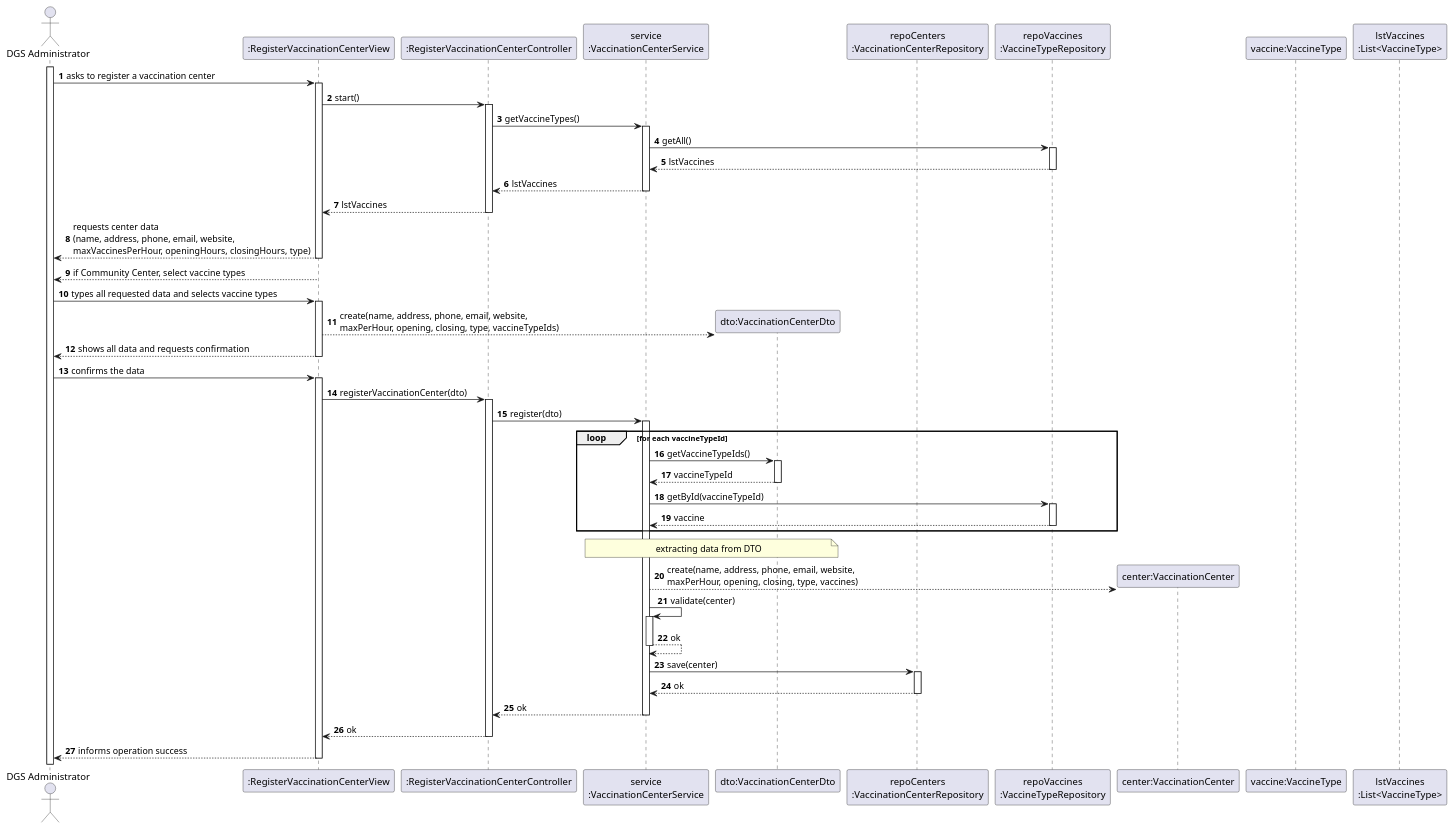
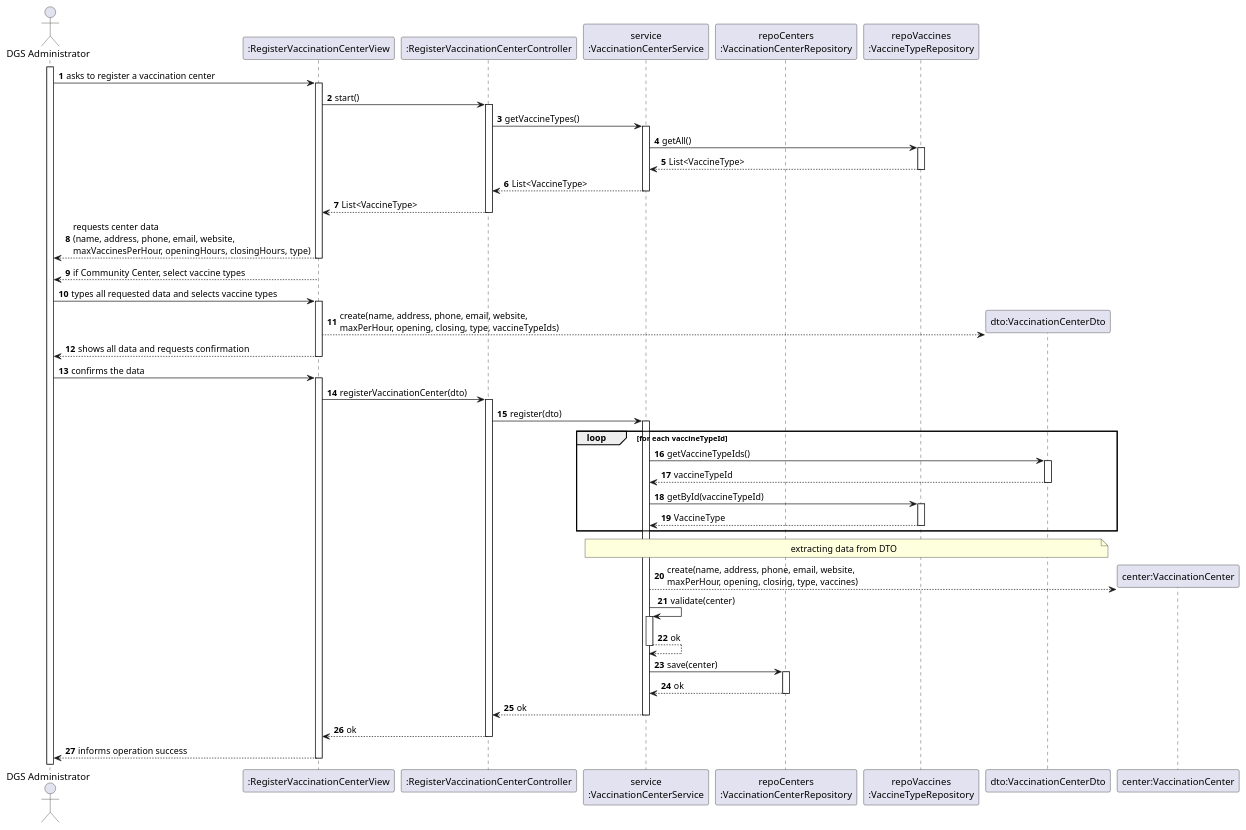
One commit to luluisfcm/leti-esoft-25-26-B5 changed the diagram in docs/system-documentation/US13/puml/US13-SD.puml. Above: the diagram before and after it, drawn with PlantUML. The commit also changed 4 other files, not shown here.

```diff
--- a/docs/system-documentation/US13/puml/US13-SD.puml
+++ b/docs/system-documentation/US13/puml/US13-SD.puml
@@ -1,60 +1,59 @@
 @startuml
 'https://plantuml.com/sequence-diagram
 autoactivate on
 autonumber
 
 actor "DGS Administrator" as Admin
 participant ":RegisterVaccinationCenterView" as System
 participant ":RegisterVaccinationCenterController" as Ctrl
 participant "service\n:VaccinationCenterService" as Service
-participant "dto:VaccinationCenterDto" as CenterDto
 participant "repoCenters\n:VaccinationCenterRepository" as RepoCenter
 participant "repoVaccines\n:VaccineTypeRepository" as RepoVaccine
+participant "dto:VaccinationCenterDto" as CenterDto
 participant "center:VaccinationCenter" as Center
-participant "vaccine:VaccineType" as Vaccine
-participant "lstVaccines\n:List<VaccineType>" as LstVaccines
 
 activate Admin
 
 Admin -> System: asks to register a vaccination center
 System -> Ctrl: start()
 
 Ctrl -> Service: getVaccineTypes()
 Service -> RepoVaccine: getAll()
-RepoVaccine --> Service: lstVaccines
-Service --> Ctrl: lstVaccines
-Ctrl --> System: lstVaccines
+RepoVaccine --> Service: List<VaccineType>
+Service --> Ctrl: List<VaccineType>
+Ctrl --> System: List<VaccineType>
 
-System --> Admin: requests center data \n(name, address, phone, email, website,\nmaxVaccinesPerHour, openingHours, closingHours, type)
+System --> Admin: requests center data\n(name, address, phone, email, website,\nmaxVaccinesPerHour, openingHours, closingHours, type)
 System --> Admin: if Community Center, select vaccine types
+
 Admin -> System: types all requested data and selects vaccine types
 
 System --> CenterDto**: create(name, address, phone, email, website,\nmaxPerHour, opening, closing, type, vaccineTypeIds)
 System --> Admin: shows all data and requests confirmation
 Admin -> System: confirms the data
 
 System -> Ctrl: registerVaccinationCenter(dto)
 Ctrl -> Service: register(dto)
 
 loop for each vaccineTypeId
 Service -> CenterDto: getVaccineTypeIds()
 CenterDto --> Service: vaccineTypeId
 Service -> RepoVaccine: getById(vaccineTypeId)
-RepoVaccine --> Service: vaccine
+RepoVaccine --> Service: VaccineType
 end
 
 note over Service, CenterDto: extracting data from DTO
 
 Service --> Center**: create(name, address, phone, email, website,\nmaxPerHour, opening, closing, type, vaccines)
 
 Service -> Service: validate(center)
 Service --> Service: ok
 
 Service -> RepoCenter: save(center)
 RepoCenter --> Service: ok
 
 Service --> Ctrl: ok
 Ctrl --> System: ok
 System --> Admin: informs operation success
 
 @enduml
```
